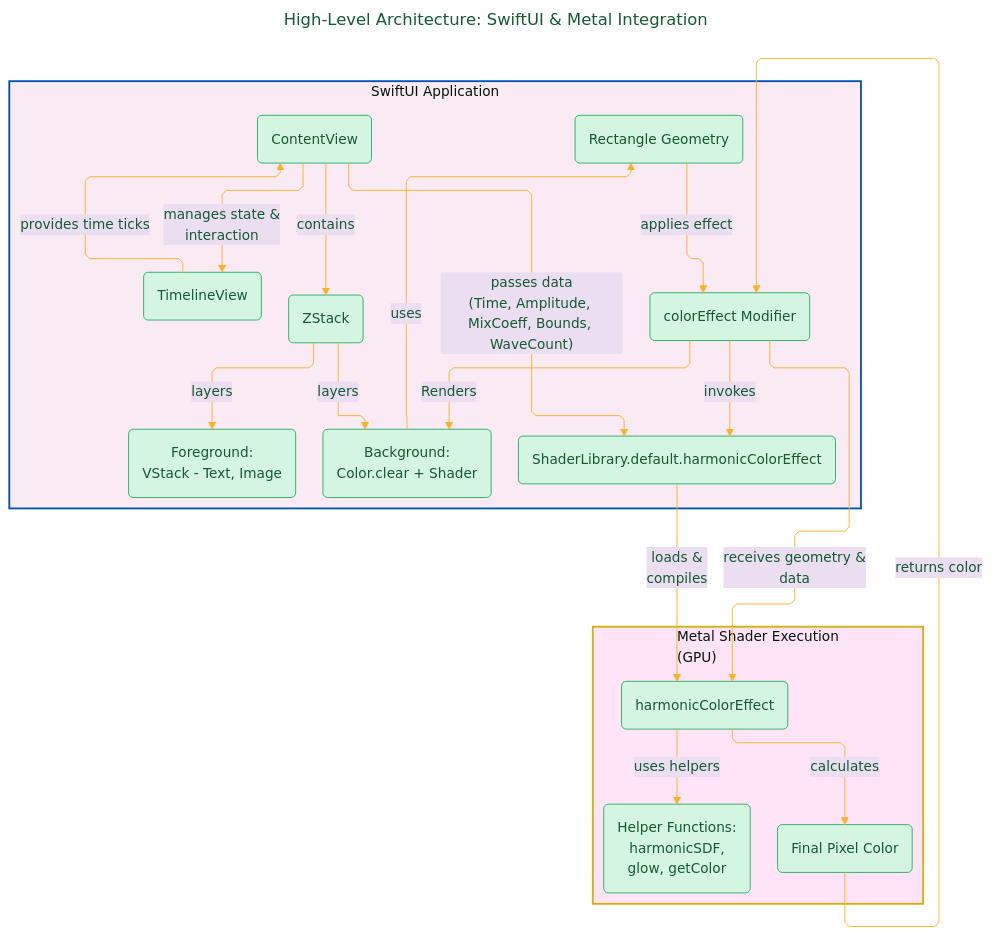
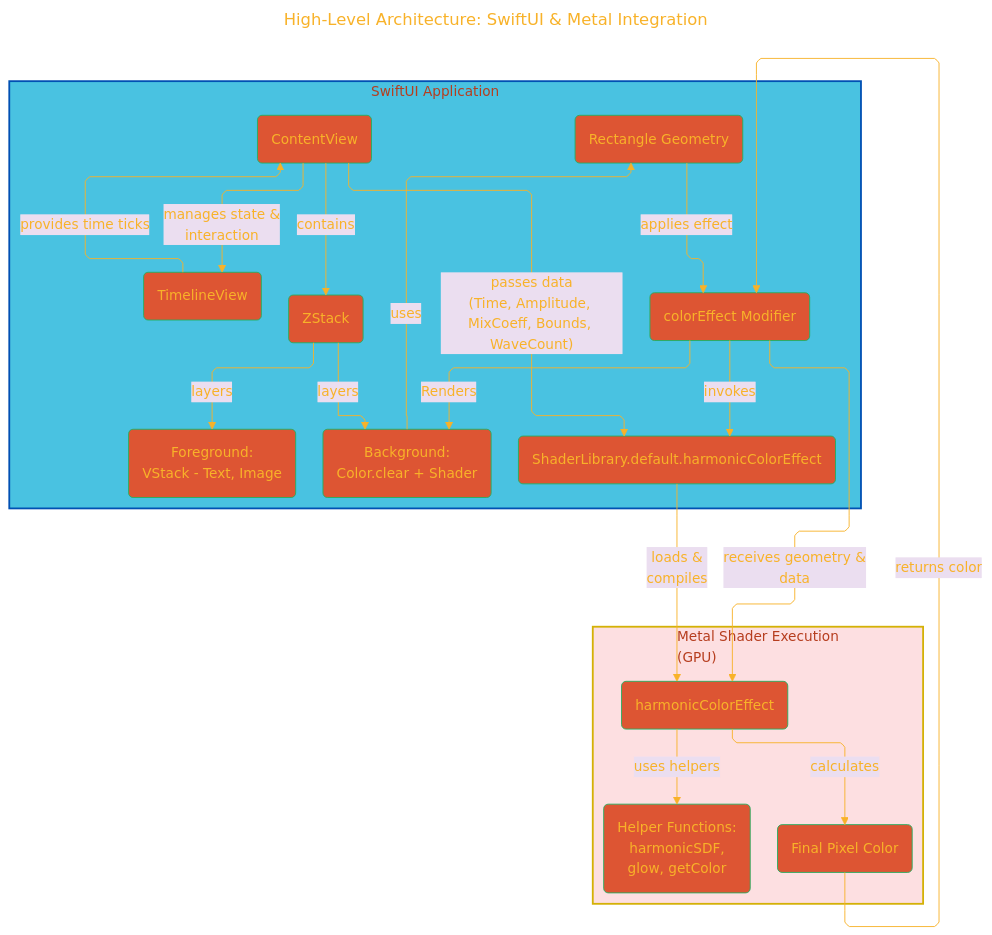
Before and after one commit to CongLeSolutionX/Harmonic_Shaders: the first of 9 diagrams in DOCUMENTATION_Draft_1.md, drawn with Mermaid. The commit also changed other lines of this file, not shown here.

````diff
--- a/DOCUMENTATION_Draft_1.md
+++ b/DOCUMENTATION_Draft_1.md
@@ -37,60 +37,60 @@
 ```mermaid
 ---
 title: "High-Level Architecture: SwiftUI & Metal Integration"
 author: "Cong Le"
 version: "1.0"
 license(s): "MIT, CC BY 4.0"
 copyright: "Copyright (c) 2025 Cong Le. All Rights Reserved."
 config:
   layout: elk
   theme: base
 ---
 %%%%%%%% Mermaid version v11.4.1-b.14
 %%%%%%%% Available curve styles include the following keywords:
 %% basis, bumpX, bumpY, cardinal, catmullRom, linear, monotoneX, monotoneY, natural, step, stepAfter, stepBefore.
 %%{
   init: {
     'flowchart': { 'htmlLabels': true, 'curve': 'linear' },
     'fontFamily': 'Monaco',
     'themeVariables': {
-      'primaryColor': '#D5F5E3',
-      'primaryTextColor': '#145A32',
+      'primaryColor': '#D53',
+      'primaryTextColor': '#F8B229',
       'lineColor': '#F8B229',
       'primaryBorderColor': '#27AE60',
       'secondaryColor': '#EBDEF0',
       'secondaryTextColor': '#6C3483',
       'secondaryBorderColor': '#A569BD',
       'fontSize': '15px'
     }
   }
 }%%
 graph TD
     subgraph SwiftUI_Layer["SwiftUI Application"]
     direction LR
         CV("ContentView") -- "manages state &<br/> interaction" --> TV("TimelineView")
         TV -- "provides time ticks" --> CV
         CV -- "contains" --> ZS("ZStack")
         ZS -- "layers" --> BG("Background:<br/>Color.clear + Shader")
         ZS -- "layers" --> FG("Foreground:<br/>VStack - Text, Image")
         BG -- "uses" --> RECT("Rectangle Geometry")
         RECT -- "applies effect" --> CE("colorEffect Modifier")
         CE -- "invokes" --> SL("ShaderLibrary.default.harmonicColorEffect")
     end
 
     subgraph Metal_Layer["Metal Shader Execution<br/>(GPU)"]
     direction LR
         SL -- "loads &<br/> compiles" --> HS("harmonicColorEffect")
         HS -- "uses helpers" --> HF("Helper Functions:<br/>harmonicSDF,
         glow, getColor")
         HS -- "calculates" --> PixelColor("Final Pixel Color")
     end
 
     CV -- "passes data<br/>(Time, Amplitude, MixCoeff, Bounds, WaveCount)" --> SL
     CE -- "receives geometry &<br/> data" --> HS
     PixelColor -- "returns color" --> CE
     CE -- Renders --> BG
 
     style SwiftUI_Layer fill:#e799f,stroke:#0050b3,stroke-width:2px
-    style Metal_Layer fill:#fbe6,stroke:#d4b106,stroke-width:2px
+    style Metal_Layer fill:#e122,stroke:#d4b106,stroke-width:2px
     
 ```
````
